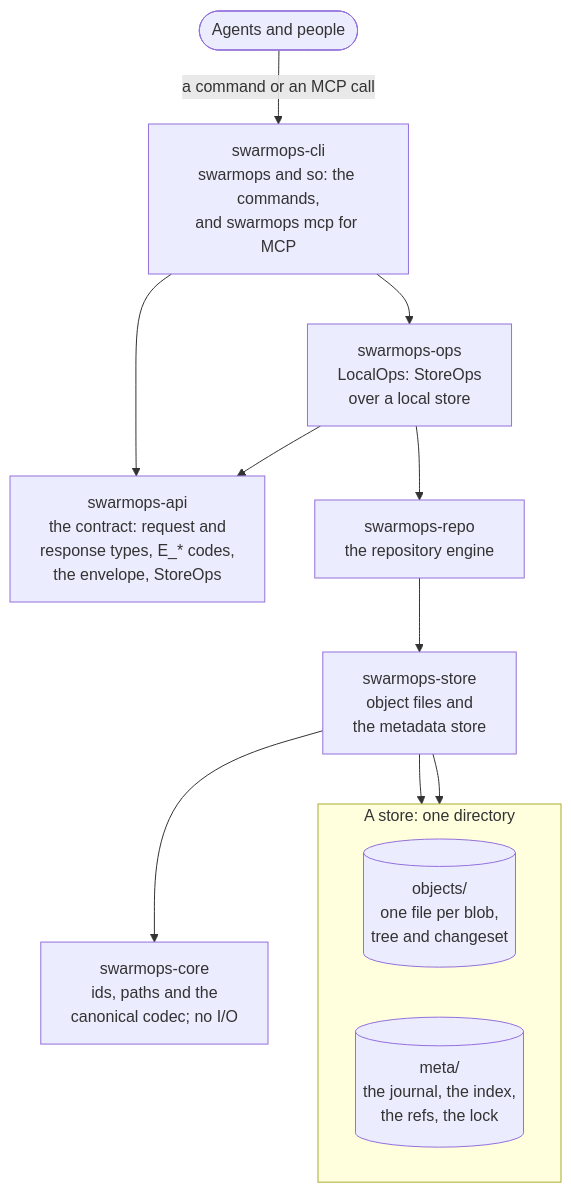
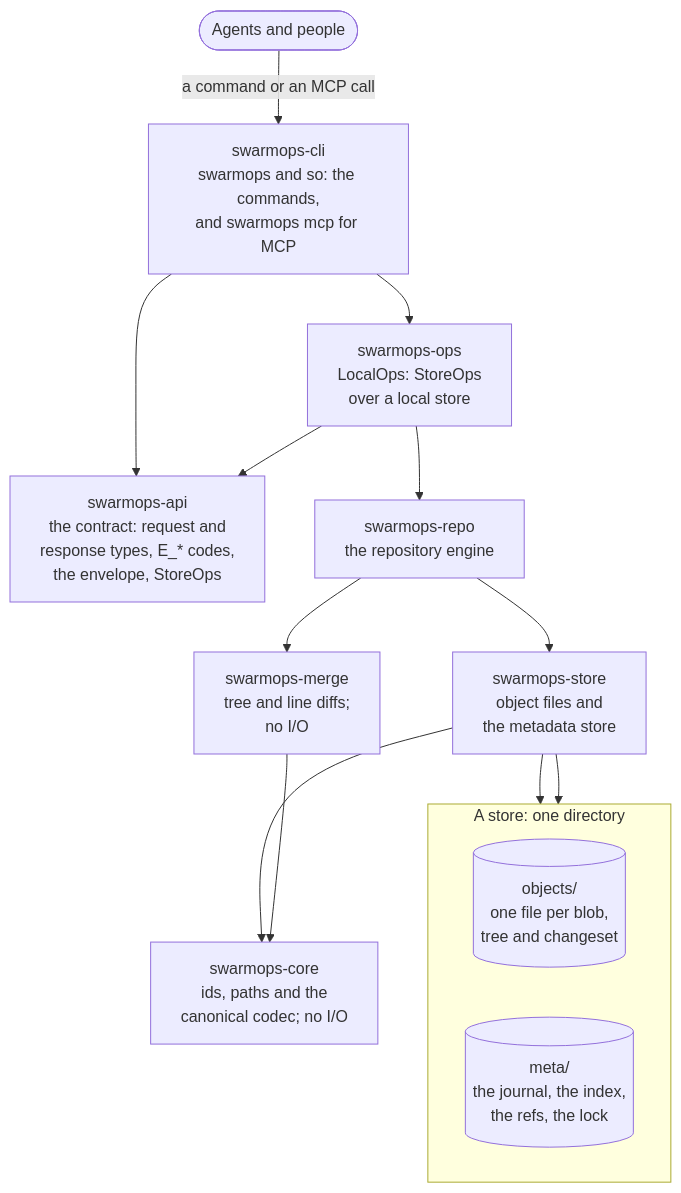
Before and after one commit to KeiaiLab/SwarmOps: the diagram in README.md, drawn with Mermaid. The commit also changed 8 other files, not shown here.

````diff
--- a/README.md
+++ b/README.md
@@ -98,24 +98,27 @@
 ```mermaid
 flowchart TB
   user(["Agents and people"])
   cli["swarmops-cli<br/>swarmops and so: the commands,<br/>and swarmops mcp for MCP"]
   api["swarmops-api<br/>the contract: request and<br/>response types, E_* codes,<br/>the envelope, StoreOps"]
   ops["swarmops-ops<br/>LocalOps: StoreOps<br/>over a local store"]
   repo["swarmops-repo<br/>the repository engine"]
   store["swarmops-store<br/>object files and<br/>the metadata store"]
+  merge["swarmops-merge<br/>tree and line diffs;<br/>no I/O"]
   core["swarmops-core<br/>ids, paths and the<br/>canonical codec; no I/O"]
   subgraph disk["A store: one directory"]
     direction LR
     objects[("objects/<br/>one file per blob,<br/>tree and changeset")]
     meta[("meta/<br/>the journal, the index,<br/>the refs, the lock")]
   end
   user -- "a command or an MCP call" --> cli
   cli --> ops
   cli --> api
   ops --> api
   ops --> repo
   repo --> store
+  repo --> merge
   store --> core
+  merge --> core
   store --> objects
   store --> meta
 ```
````
